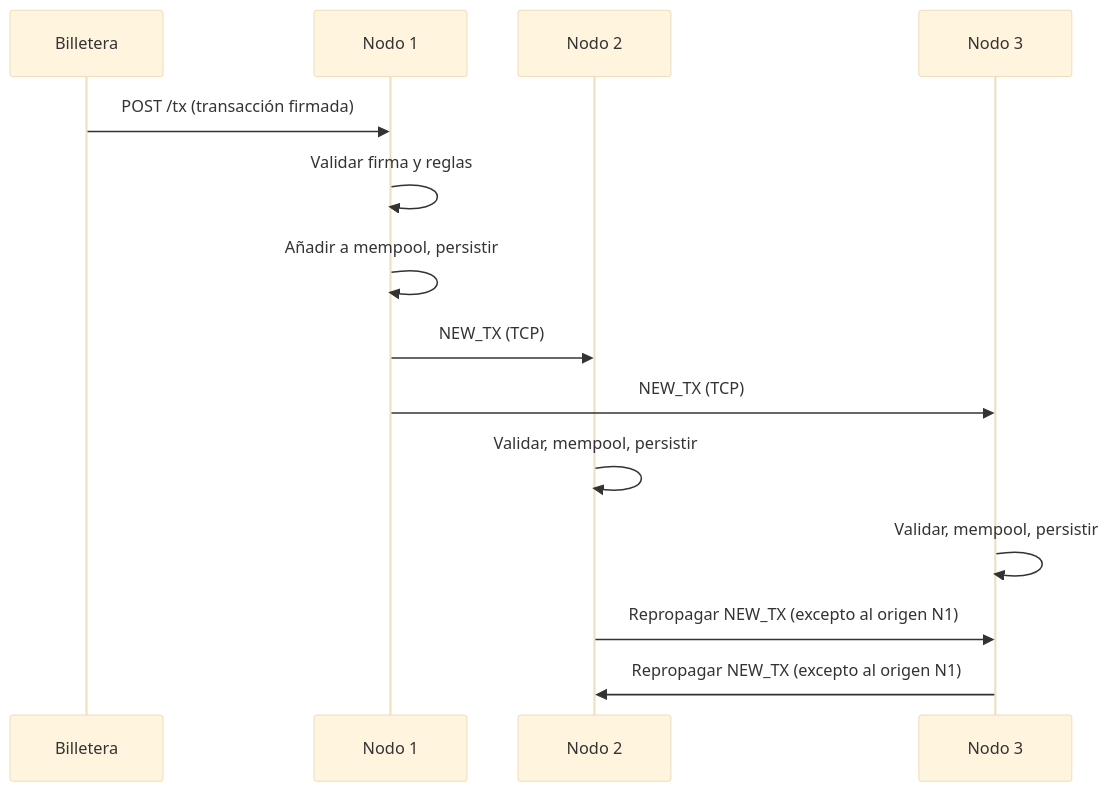
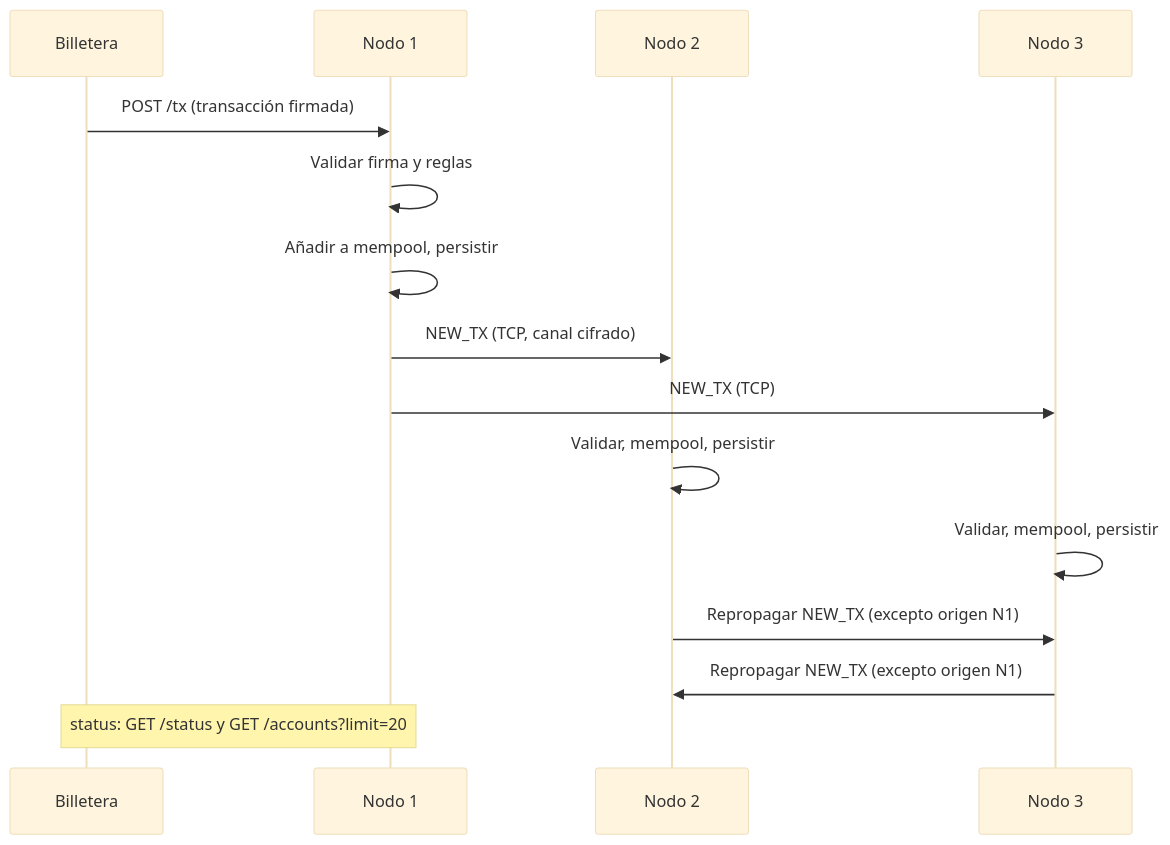
The diagram in diagramas/secuencia/secuencia-transaccion.mmd (Ignacio687/final_computacion_II), drawn with Mermaid (base theme) before and after one commit. The commit also changed 10 other files, not shown here.

Commit message:
docs(diagramas): alinear Mermaid/PNG a listeners nativos y código

```diff
--- a/diagramas/secuencia/secuencia-transaccion.mmd
+++ b/diagramas/secuencia/secuencia-transaccion.mmd
@@ -1,14 +1,15 @@
 sequenceDiagram
   participant B as Billetera
   participant N1 as Nodo 1
   participant N2 as Nodo 2
   participant N3 as Nodo 3
   B->>N1: POST /tx (transacción firmada)
   N1->>N1: Validar firma y reglas
   N1->>N1: Añadir a mempool, persistir
-  N1->>N2: NEW_TX (TCP)
+  N1->>N2: NEW_TX (TCP, canal cifrado)
   N1->>N3: NEW_TX (TCP)
   N2->>N2: Validar, mempool, persistir
   N3->>N3: Validar, mempool, persistir
-  N2->>N3: Repropagar NEW_TX (excepto al origen N1)
-  N3->>N2: Repropagar NEW_TX (excepto al origen N1)
+  N2->>N3: Repropagar NEW_TX (excepto origen N1)
+  N3->>N2: Repropagar NEW_TX (excepto origen N1)
+  Note over B,N1: status: GET /status y GET /accounts?limit=20
```
